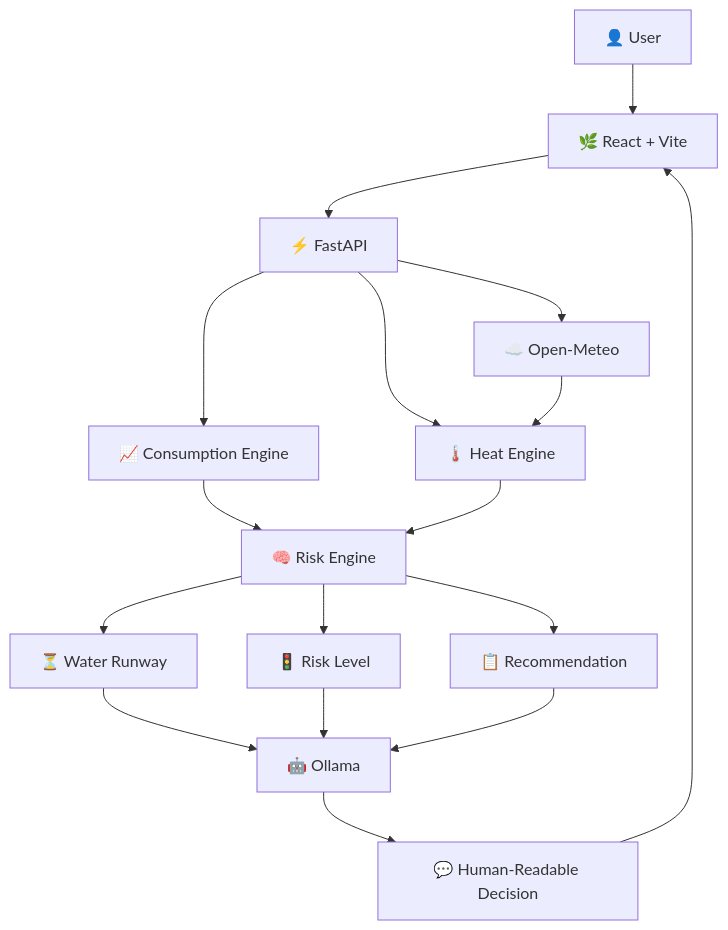
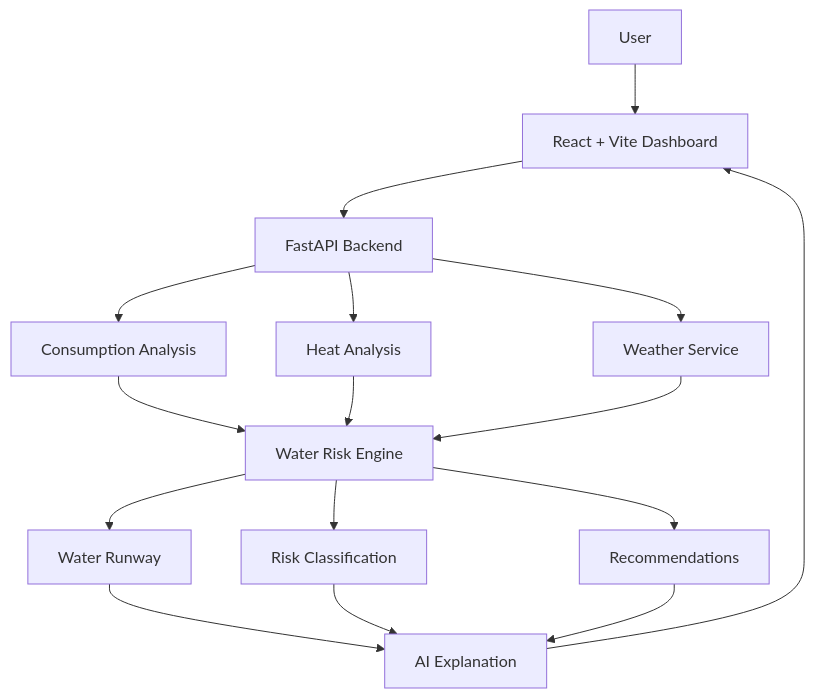
Before and after one commit to dhanush080607/CURE: the diagram in README.md, drawn with Mermaid. The commit also changed other lines of this file, not shown here.

````diff
--- a/README.md
+++ b/README.md
@@ -182,24 +106,23 @@
 ```mermaid
 flowchart TD
-    A["👤 User"] --> B["🌿 React + Vite"]
-    B --> C["⚡ FastAPI"]
+    A[User] --> B[React + Vite Dashboard]
+    B --> C[FastAPI Backend]
 
-    C --> D["📈 Consumption Engine"]
-    C --> E["🌡️ Heat Engine"]
-    C --> F["☁️ Open-Meteo"]
+    C --> D[Consumption Analysis]
+    C --> E[Heat Analysis]
+    C --> F[Weather Service]
 
-    D --> G["🧠 Risk Engine"]
+    D --> G[Water Risk Engine]
     E --> G
-    F --> E
+    F --> G
 
-    G --> H["⏳ Water Runway"]
-    G --> I["🚦 Risk Level"]
-    G --> J["📋 Recommendation"]
+    G --> H[Water Runway]
+    G --> I[Risk Classification]
+    G --> J[Recommendations]
 
-    H --> K["🤖 Ollama"]
+    H --> K[AI Explanation]
     I --> K
     J --> K
 
-    K --> L["💬 Human-Readable Decision"]
-    L --> B
+    K --> B
 ```
````
